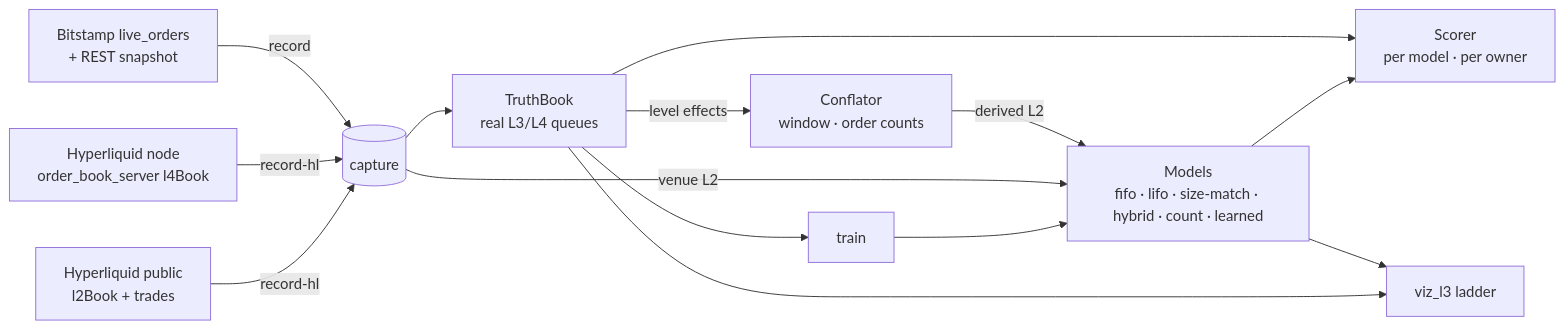
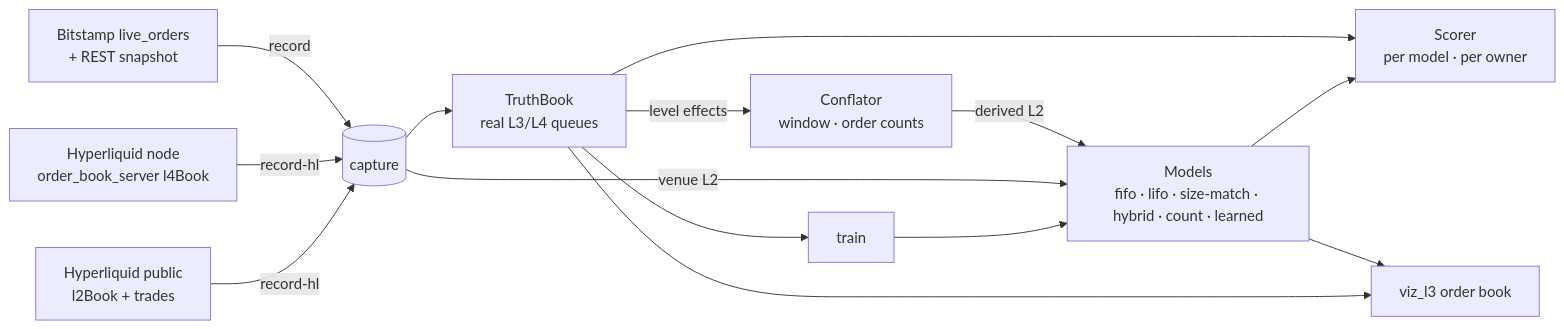
The diagram in README.md (vorkuta1/hft-rs), drawn with Mermaid before and after one commit. The commit also changed other lines of this file and 12 other files, not shown here.

First line of the commit message:
feat(viz): binance_l3_est-style order book with microstructure windows

````diff
--- a/README.md
+++ b/README.md
@@ -7,15 +7,15 @@
 ```mermaid
 flowchart LR
     BS[Bitstamp live_orders<br/>+ REST snapshot] -->|record| CAP[(capture)]
     HL[Hyperliquid node<br/>order_book_server l4Book] -->|record-hl| CAP
     HP[Hyperliquid public<br/>l2Book + trades] -->|record-hl| CAP
     CAP --> TB[TruthBook<br/>real L3/L4 queues]
     TB -->|level effects| CF[Conflator<br/>window · order counts]
     CF -->|derived L2| M[Models<br/>fifo · lifo · size-match · hybrid · count · learned]
     CAP -->|venue L2| M
     TB --> SC[Scorer<br/>per model · per owner]
     M --> SC
     TB --> TR[train] --> M
-    M --> VIZ[viz_l3 ladder]
+    M --> VIZ[viz_l3 order book]
     TB --> VIZ
 ```
````
